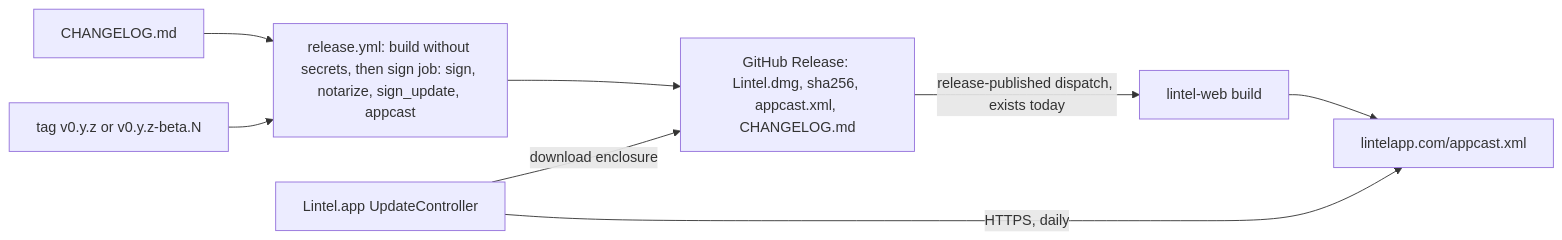
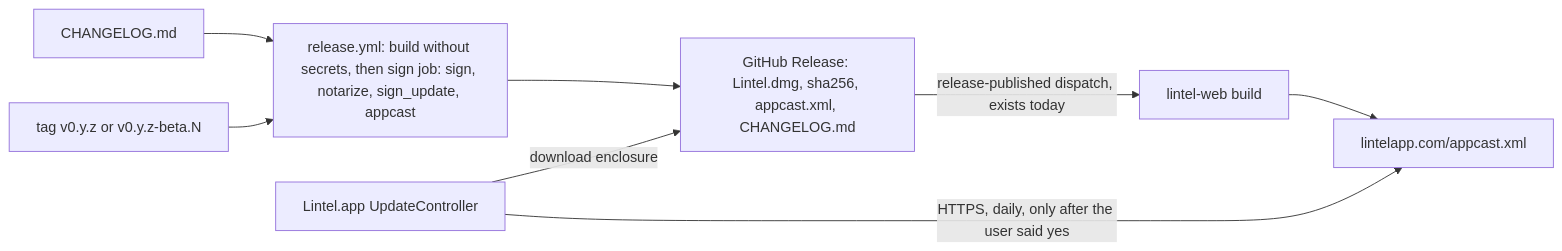
Before and after one commit to mjozefiak/Pounce: the diagram in .ai/specs/2026-11-19-updates-and-open-source-hygiene.md, drawn with Mermaid. The commit also changed other lines of this file, not shown here.

````diff
--- a/.ai/specs/2026-11-19-updates-and-open-source-hygiene.md
+++ b/.ai/specs/2026-11-19-updates-and-open-source-hygiene.md
@@ -86,10 +86,10 @@
 ```mermaid
 flowchart LR
   CL[CHANGELOG.md] --> REL
   TAG[tag v0.y.z or v0.y.z-beta.N] --> REL[release.yml: build without secrets, then sign job: sign, notarize, sign_update, appcast]
   REL --> GH[GitHub Release: Lintel.dmg, sha256, appcast.xml, CHANGELOG.md]
   GH -->|release-published dispatch, exists today| WEB[lintel-web build]
   WEB --> FEED[lintelapp.com/appcast.xml]
-  APP[Lintel.app UpdateController] -->|HTTPS, daily| FEED
+  APP[Lintel.app UpdateController] -->|HTTPS, daily, only after the user said yes| FEED
   APP -->|download enclosure| GH
 ```
````
